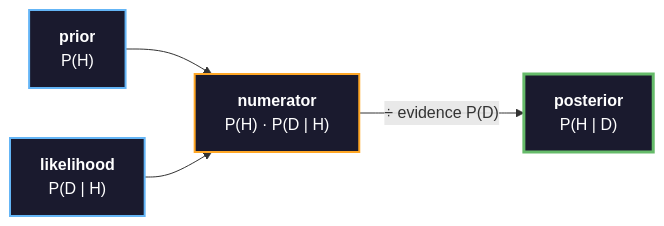
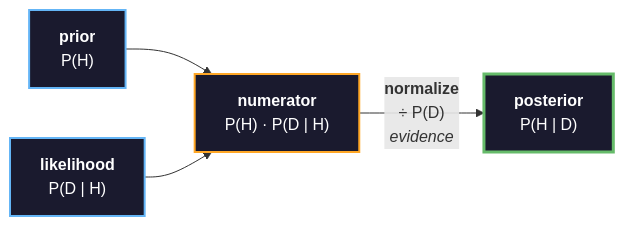
The first of 3 diagrams in course/week02_basic_bayes_cont/week2-slides.qmd (henkaku-center/hml), drawn with Mermaid before and after one commit. The commit also changed other lines of this file, not shown here.

First line of the commit message:
Bayes flow: readable normalize label + equation atop diagram

````diff
--- a/course/week02_basic_bayes_cont/week2-slides.qmd
+++ b/course/week02_basic_bayes_cont/week2-slides.qmd
@@ -299,17 +301,17 @@
 ```{mermaid}
 %%| fig-align: center
 flowchart LR
   Prior["<b>prior</b><br/>P(H)"]
   Lik["<b>likelihood</b><br/>P(D | H)"]
   Num["<b>numerator</b><br/>P(H) · P(D | H)"]
   Post["<b>posterior</b><br/>P(H | D)"]
   Prior --> Num
   Lik --> Num
-  Num -->|"÷ evidence P(D)"| Post
+  Num -->|"<b>normalize</b><br/>÷ P(D)<br/><i>evidence</i>"| Post
   classDef in fill:#1A1A2E,stroke:#64B5F6,stroke-width:2px,color:#fff
   classDef mid fill:#1A1A2E,stroke:#FFA726,stroke-width:2px,color:#fff
   classDef out fill:#1A1A2E,stroke:#66BB6A,stroke-width:3px,color:#fff
   class Prior,Lik in
   class Num mid
   class Post out
 ```
````
